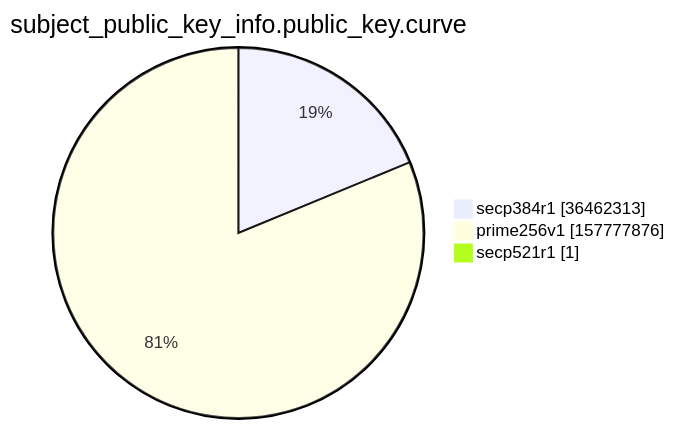
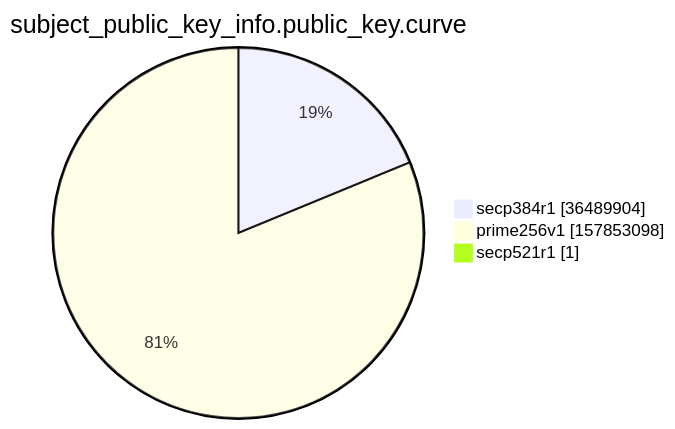
The ninth of 15 diagrams in argon2022/README.md (christiankrug/ctmonitor_visualization), drawn with Mermaid before and after one commit. The commit also changed other lines of this file, not shown here.

````diff
--- a/argon2022/README.md
+++ b/argon2022/README.md
@@ -2766,7 +2766,7 @@
 ```mermaid
 pie showData
 title subject_public_key_info.public_key.curve
-"secp384r1" :36462313
-"prime256v1" :157777876
+"secp384r1" :36489904
+"prime256v1" :157853098
 "secp521r1" :1
 ```
````
